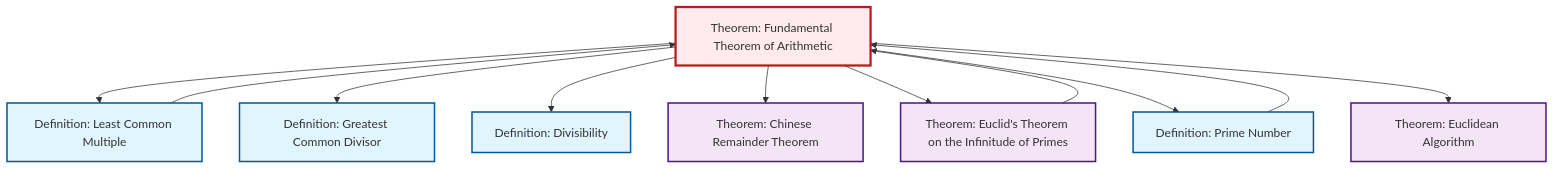
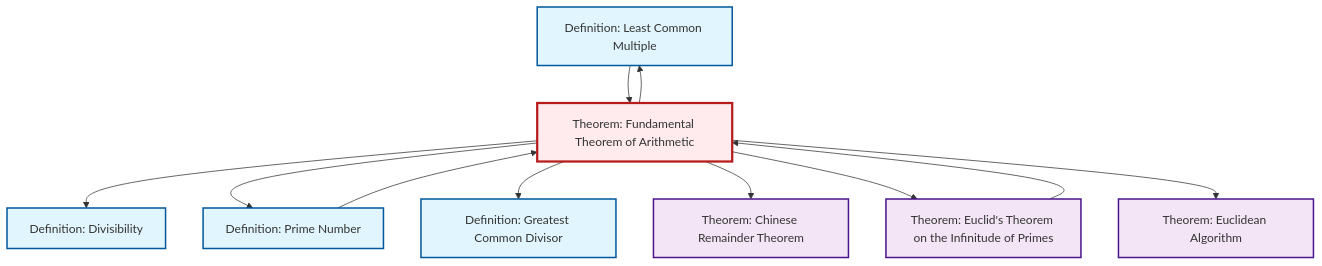
The diagram in content/en/number-theory/thm-fundamental-arithmetic.qmd (RK0429/ModernMath), drawn with Mermaid before and after one commit. The commit also changed other lines of this file and 1012 other files, not shown here.

````diff
--- a/content/en/number-theory/thm-fundamental-arithmetic.qmd
+++ b/content/en/number-theory/thm-fundamental-arithmetic.qmd
@@ -72,35 +72,35 @@
 ```{mermaid}
 %%| fig-cap: "Local dependency graph"
 graph TD
     classDef definition fill:#e1f5fe,stroke:#01579b,stroke-width:2px
     classDef theorem fill:#f3e5f5,stroke:#4a148c,stroke-width:2px
     classDef axiom fill:#fff3e0,stroke:#e65100,stroke-width:2px
     classDef example fill:#e8f5e9,stroke:#1b5e20,stroke-width:2px
     classDef current fill:#ffebee,stroke:#b71c1c,stroke-width:3px
+    def-gcd["Definition: Greatest Common Divisor"]:::definition
+    thm-chinese-remainder["Theorem: Chinese Remainder Theorem"]:::theorem
+    def-lcm["Definition: Least Common Multiple"]:::definition
+    thm-fundamental-arithmetic["Theorem: Fundamental Theorem of Arithmetic"]:::theorem
     def-divisibility["Definition: Divisibility"]:::definition
-    thm-fundamental-arithmetic["Theorem: Fundamental Theorem of Arithmetic"]:::theorem
     thm-euclid-infinitude-primes["Theorem: Euclid's Theorem on the Infinitude of Primes"]:::theorem
     thm-euclidean-algorithm["Theorem: Euclidean Algorithm"]:::theorem
-    thm-chinese-remainder["Theorem: Chinese Remainder Theorem"]:::theorem
-    def-gcd["Definition: Greatest Common Divisor"]:::definition
-    def-lcm["Definition: Least Common Multiple"]:::definition
     def-prime["Definition: Prime Number"]:::definition
+    thm-fundamental-arithmetic --> def-divisibility
+    def-lcm --> thm-fundamental-arithmetic
+    thm-fundamental-arithmetic --> def-prime
+    thm-fundamental-arithmetic --> def-gcd
+    thm-fundamental-arithmetic --> thm-chinese-remainder
     thm-fundamental-arithmetic --> def-lcm
-    thm-fundamental-arithmetic --> def-gcd
-    thm-euclid-infinitude-primes --> thm-fundamental-arithmetic
-    thm-fundamental-arithmetic --> def-divisibility
-    thm-fundamental-arithmetic --> thm-chinese-remainder
     def-prime --> thm-fundamental-arithmetic
     thm-fundamental-arithmetic --> thm-euclid-infinitude-primes
-    thm-fundamental-arithmetic --> def-prime
+    thm-euclid-infinitude-primes --> thm-fundamental-arithmetic
     thm-fundamental-arithmetic --> thm-euclidean-algorithm
-    def-lcm --> thm-fundamental-arithmetic
     class thm-fundamental-arithmetic current
+    click def-gcd "def-gcd.html" "Go to Greatest Common Divisor definition"
+    click thm-chinese-remainder "thm-chinese-remainder.html" "Go to Chinese Remainder Theorem theorem"
+    click def-lcm "def-lcm.html" "Go to Least Common Multiple definition"
     click def-divisibility "def-divisibility.html" "Go to Divisibility definition"
     click thm-euclid-infinitude-primes "thm-euclid-infinitude-primes.html" "Go to Euclid's Theorem on the Infinitude of Primes theorem"
     click thm-euclidean-algorithm "thm-euclidean-algorithm.html" "Go to Euclidean Algorithm theorem"
-    click thm-chinese-remainder "thm-chinese-remainder.html" "Go to Chinese Remainder Theorem theorem"
-    click def-gcd "def-gcd.html" "Go to Greatest Common Divisor definition"
-    click def-lcm "def-lcm.html" "Go to Least Common Multiple definition"
     click def-prime "def-prime.html" "Go to Prime Number definition"
 ```
````
